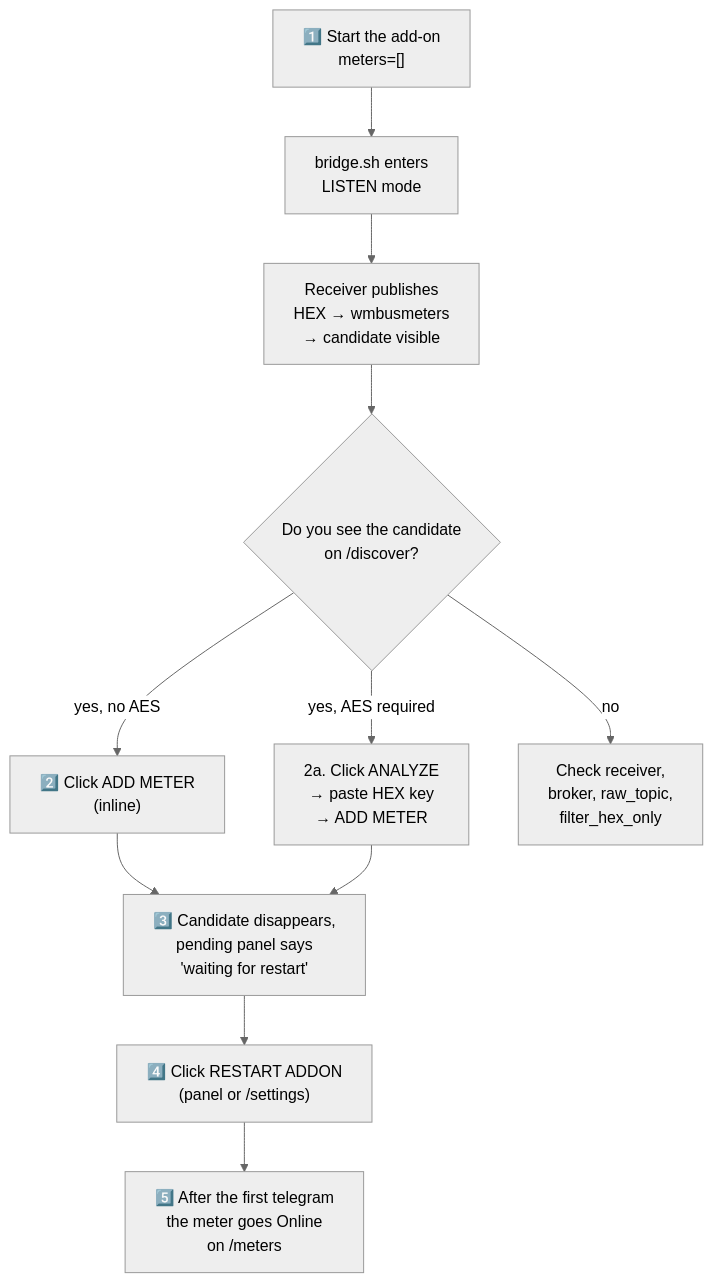
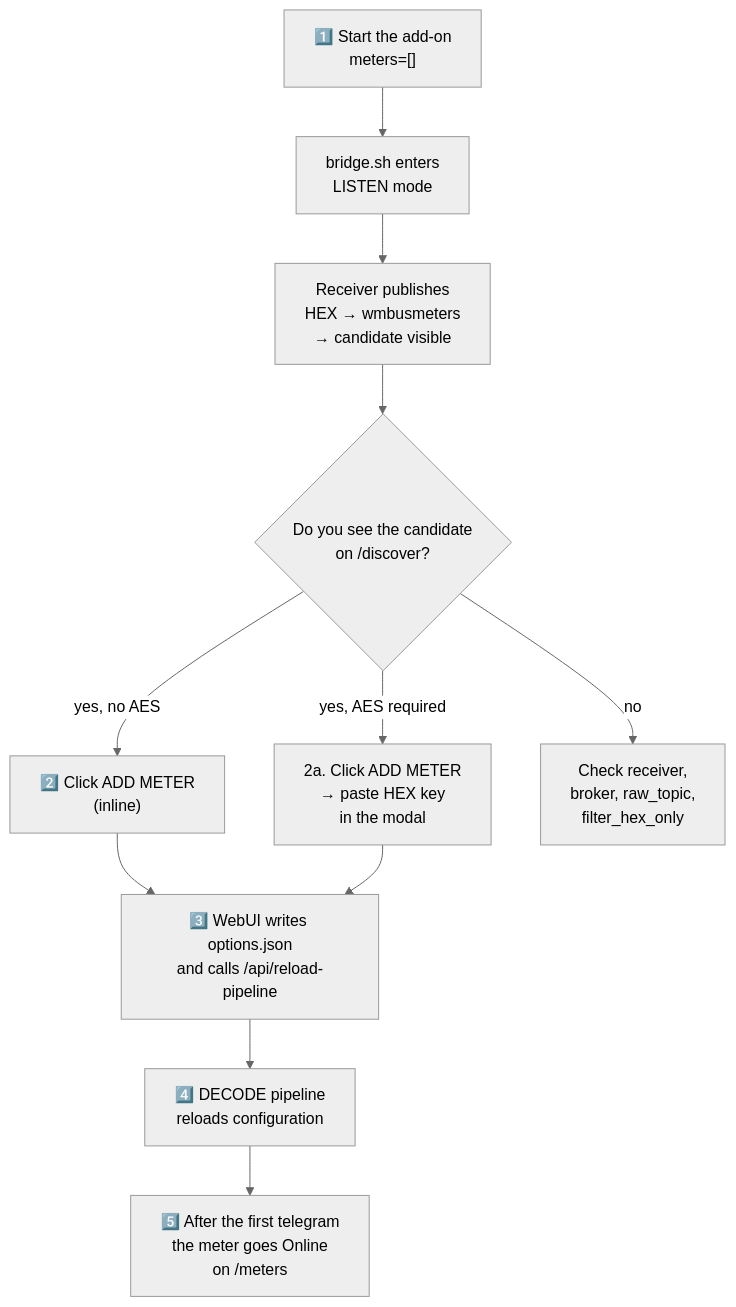
Before and after one commit to Kustonium/homeassistant-wmbus-mqtt-bridge-dev: the fourth of 7 diagrams in docs/README.en.md, drawn with Mermaid (neutral theme). The commit also changed other lines of this file and 6 other files, not shown here.

````diff
--- a/docs/README.en.md
+++ b/docs/README.en.md
@@ -334,13 +319,13 @@
 ```mermaid
 flowchart TD
   A["1️⃣ Start the add-on<br/>meters=[]"] --> B["bridge.sh enters<br/>LISTEN mode"]
   B --> C["Receiver publishes<br/>HEX → wmbusmeters<br/>→ candidate visible"]
   C --> D{"Do you see the candidate<br/>on /discover?"}
   D -- "yes, no AES" --> E["2️⃣ Click ADD METER<br/>(inline)"]
-  D -- "yes, AES required" --> F["2a. Click ANALYZE<br/>→ paste HEX key<br/>→ ADD METER"]
+  D -- "yes, AES required" --> F["2a. Click ADD METER<br/>→ paste HEX key<br/>in the modal"]
   D -- "no" --> G["Check receiver,<br/>broker, raw_topic,<br/>filter_hex_only"]
-  E --> H["3️⃣ Candidate disappears,<br/>pending panel says<br/>'waiting for restart'"]
+  E --> H["3️⃣ WebUI writes options.json<br/>and calls /api/reload-pipeline"]
   F --> H
-  H --> I["4️⃣ Click RESTART ADDON<br/>(panel or /settings)"]
+  H --> I["4️⃣ DECODE pipeline<br/>reloads configuration"]
   I --> J["5️⃣ After the first telegram<br/>the meter goes Online<br/>on /meters"]
 ```
````
